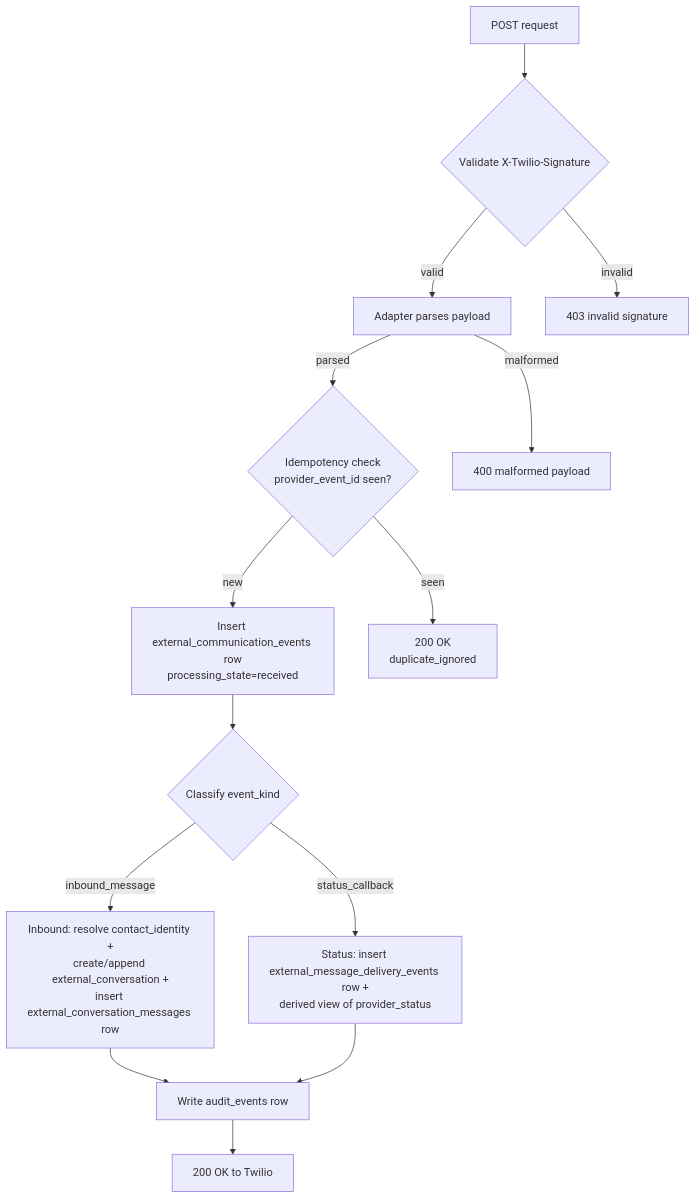
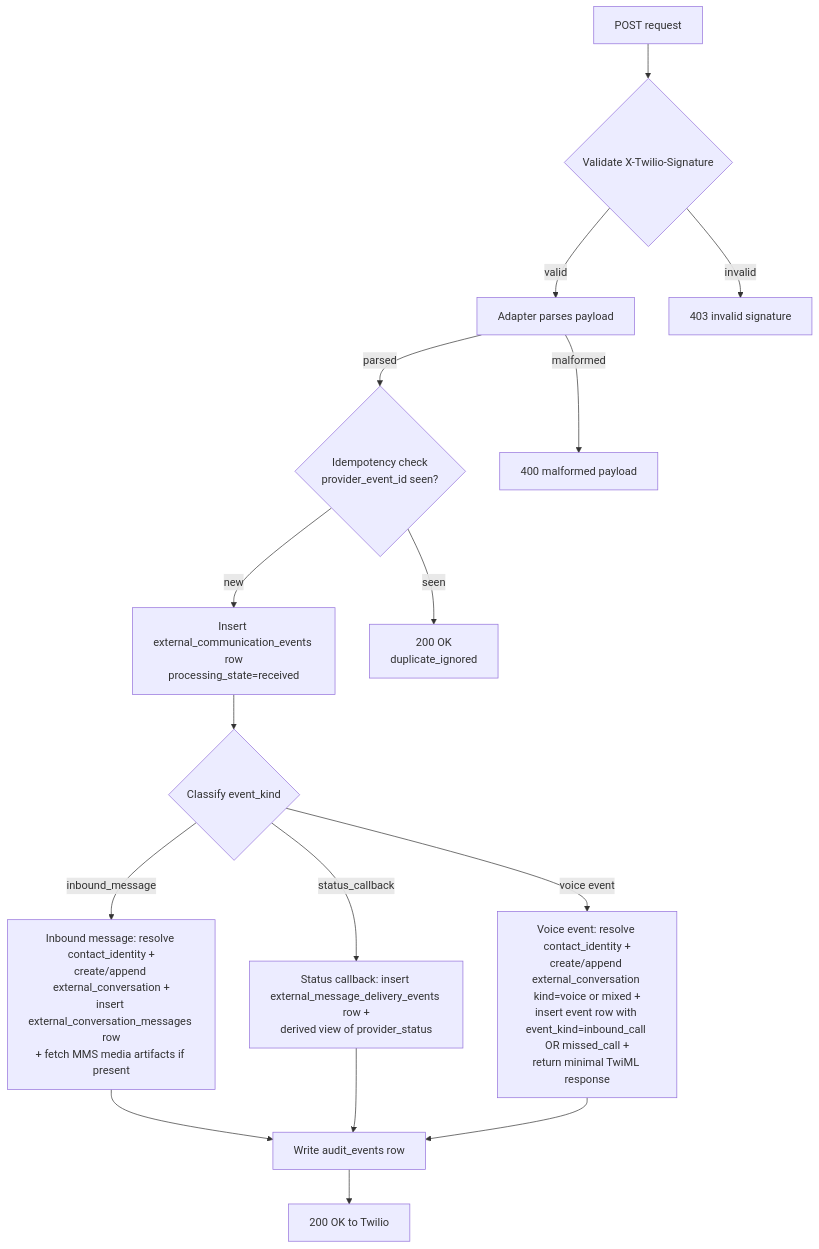
Before and after one commit to ncrawf/main-app: the first of 3 diagrams in .cursor/plans/PREFLIGHT_2026-05-12_phase_4h_external_line_e1_execution_substrate_adapter_inbox.md, drawn with Mermaid. The commit also changed other lines of this file, not shown here.

````diff
--- a/.cursor/plans/PREFLIGHT_2026-05-12_phase_4h_external_line_e1_execution_substrate_adapter_inbox.md
+++ b/.cursor/plans/PREFLIGHT_2026-05-12_phase_4h_external_line_e1_execution_substrate_adapter_inbox.md
@@ -624,30 +923,33 @@
 ```mermaid
 flowchart TD
   start[POST request]
   sig{Validate X-Twilio-Signature}
   parse[Adapter parses payload]
   idemp{Idempotency check<br/>provider_event_id seen?}
   eventRow[Insert external_communication_events row<br/>processing_state=received]
   classify{Classify event_kind}
-  inboundMsg[Inbound: resolve contact_identity +<br/>create/append external_conversation +<br/>insert external_conversation_messages row]
-  statusCb[Status: insert external_message_delivery_events row +<br/>derived view of provider_status]
+  inboundMsg[Inbound message: resolve contact_identity +<br/>create/append external_conversation +<br/>insert external_conversation_messages row<br/>+ fetch MMS media artifacts if present]
+  statusCb[Status callback: insert external_message_delivery_events row +<br/>derived view of provider_status]
+  voiceEvt[Voice event: resolve contact_identity +<br/>create/append external_conversation kind=voice or mixed +<br/>insert event row with event_kind=inbound_call OR missed_call +<br/>return minimal TwiML response]
   audit[Write audit_events row]
   done[200 OK to Twilio]
   reject403[403 invalid signature]
   reject400[400 malformed payload]
   reject200dup[200 OK<br/>duplicate_ignored]
 
   start --> sig
   sig -->|valid| parse
   sig -->|invalid| reject403
   parse -->|parsed| idemp
   parse -->|malformed| reject400
   idemp -->|new| eventRow
   idemp -->|seen| reject200dup
   eventRow --> classify
   classify -->|inbound_message| inboundMsg
   classify -->|status_callback| statusCb
+  classify -->|voice event| voiceEvt
   inboundMsg --> audit
   statusCb --> audit
+  voiceEvt --> audit
   audit --> done
 ```
````
